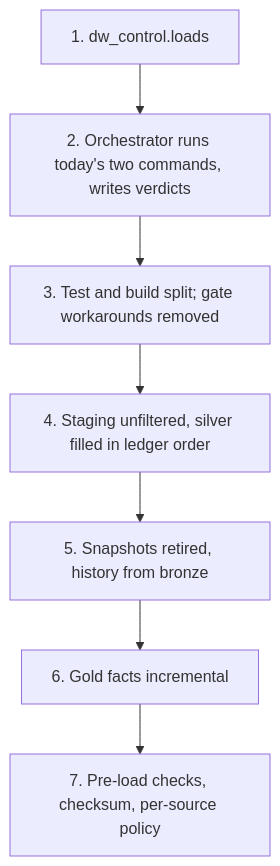
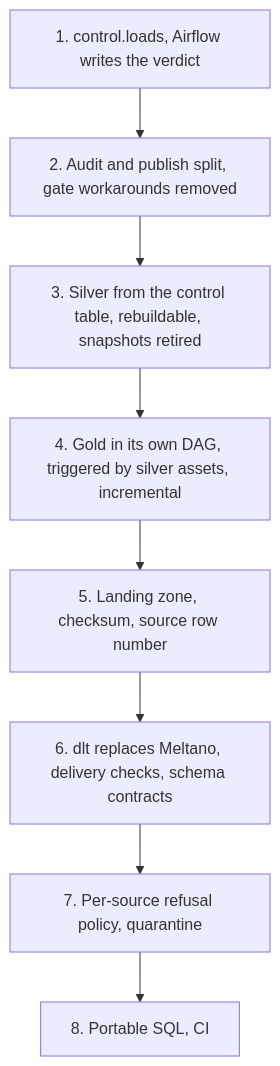
Before and after one commit to le1douglas/DataWarehouse: the eighth of 8 diagrams in docs/ARCHITECTURE_PROPOSAL.md, drawn with Mermaid. The commit also changed other lines of this file, not shown here.

Commit message:
start of architectural plan

````diff
--- a/docs/ARCHITECTURE_PROPOSAL.md
+++ b/docs/ARCHITECTURE_PROPOSAL.md
@@ -176,9 +275,10 @@
 ```mermaid
 flowchart TD
-    m1["1. dw_control.loads"] --> m2["2. Orchestrator runs today's two commands, writes verdicts"]
-    m2 --> m3["3. Test and build split; gate workarounds removed"]
-    m3 --> m4["4. Staging unfiltered, silver filled in ledger order"]
-    m4 --> m5["5. Snapshots retired, history from bronze"]
-    m5 --> m6["6. Gold facts incremental"]
-    m6 --> m7["7. Pre-load checks, checksum, per-source policy"]
+    m1["1. control.loads, Airflow writes the verdict"] --> m2["2. Audit and publish split, gate workarounds removed"]
+    m2 --> m3["3. Silver from the control table, rebuildable, snapshots retired"]
+    m3 --> m4["4. Gold in its own DAG, triggered by silver assets, incremental"]
+    m4 --> m5["5. Landing zone, checksum, source row number"]
+    m5 --> m6["6. dlt replaces Meltano, delivery checks, schema contracts"]
+    m6 --> m7["7. Per-source refusal policy, quarantine"]
+    m7 --> m8["8. Portable SQL, CI"]
 ```
````
